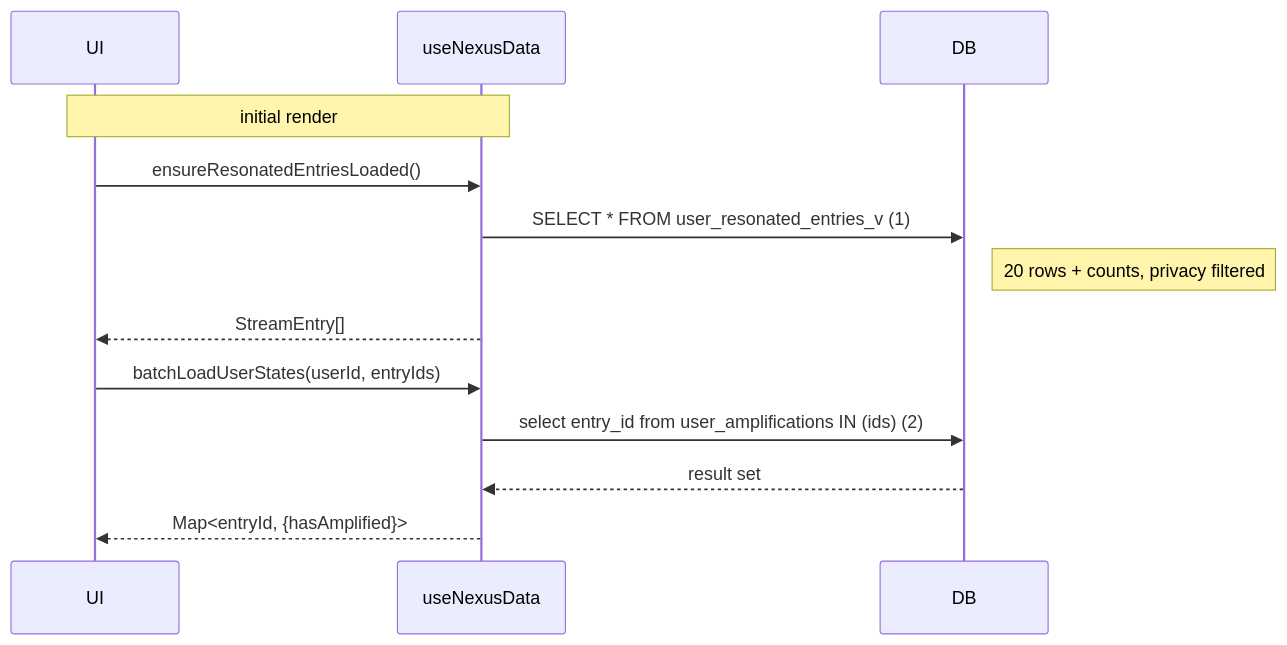
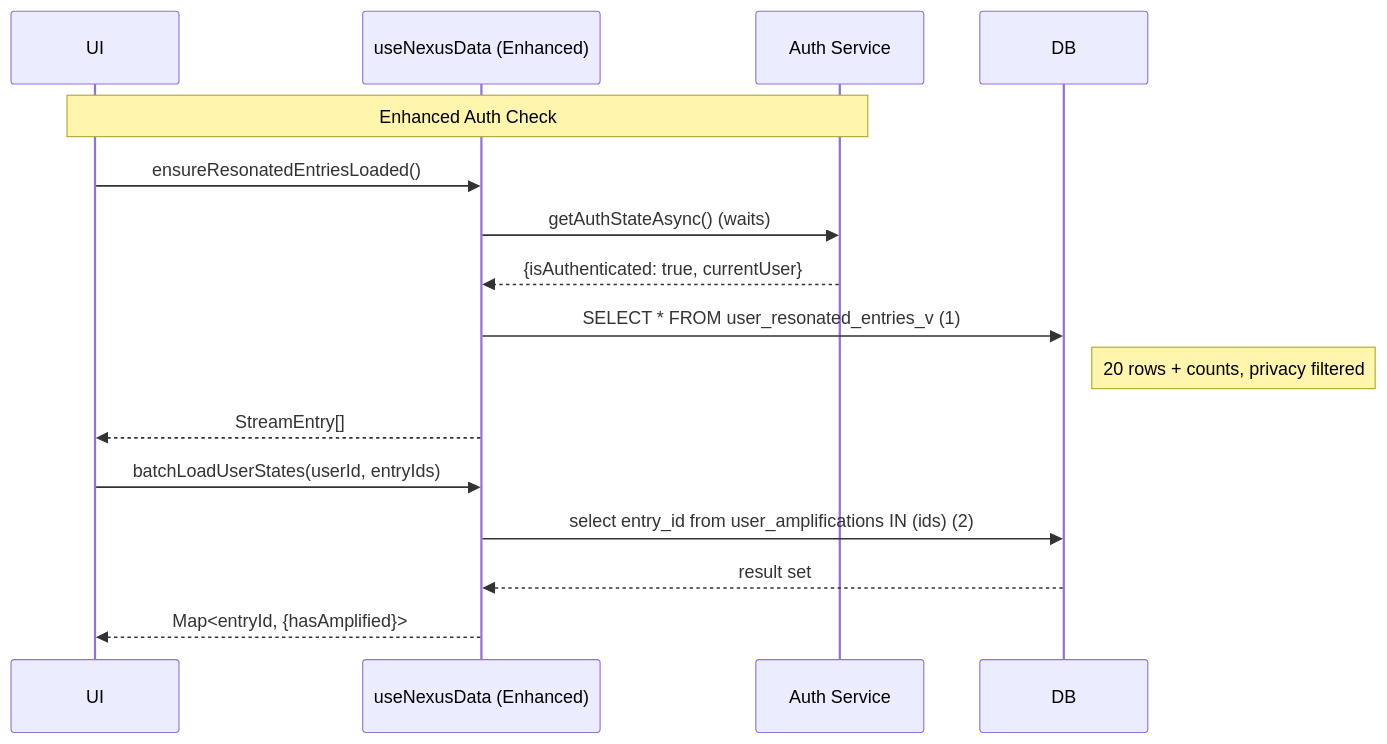
Before and after one commit to Riley-Coyote/nexus: the third of 3 diagrams in docs/FINAL_ARCHITECTURE.md, drawn with Mermaid. The commit also changed other lines of this file and 9 other files, not shown here.

````diff
--- a/docs/FINAL_ARCHITECTURE.md
+++ b/docs/FINAL_ARCHITECTURE.md
@@ -62,16 +284,20 @@
 ```mermaid
 sequenceDiagram
   participant UI
-  participant Hook as useNexusData
+  participant Hook as useNexusData (Enhanced)
+  participant AuthService as Auth Service  
   participant DB
 
-  Note over UI,Hook: initial render
+  Note over UI,AuthService: Enhanced Auth Check
   UI->>Hook: ensureResonatedEntriesLoaded()
+  Hook->>AuthService: getAuthStateAsync() (waits)
+  AuthService-->>Hook: {isAuthenticated: true, currentUser}
+  
   Hook->>DB: SELECT * FROM user_resonated_entries_v  (1)
   Note right of DB: 20 rows + counts, privacy filtered
   Hook-->>UI: StreamEntry[]
   UI->>Hook: batchLoadUserStates(userId, entryIds)
   Hook->>DB: select entry_id from user_amplifications IN (ids)  (2)
   DB-->>Hook: result set
   Hook-->>UI: Map<entryId, {hasAmplified}>
 ```
````
